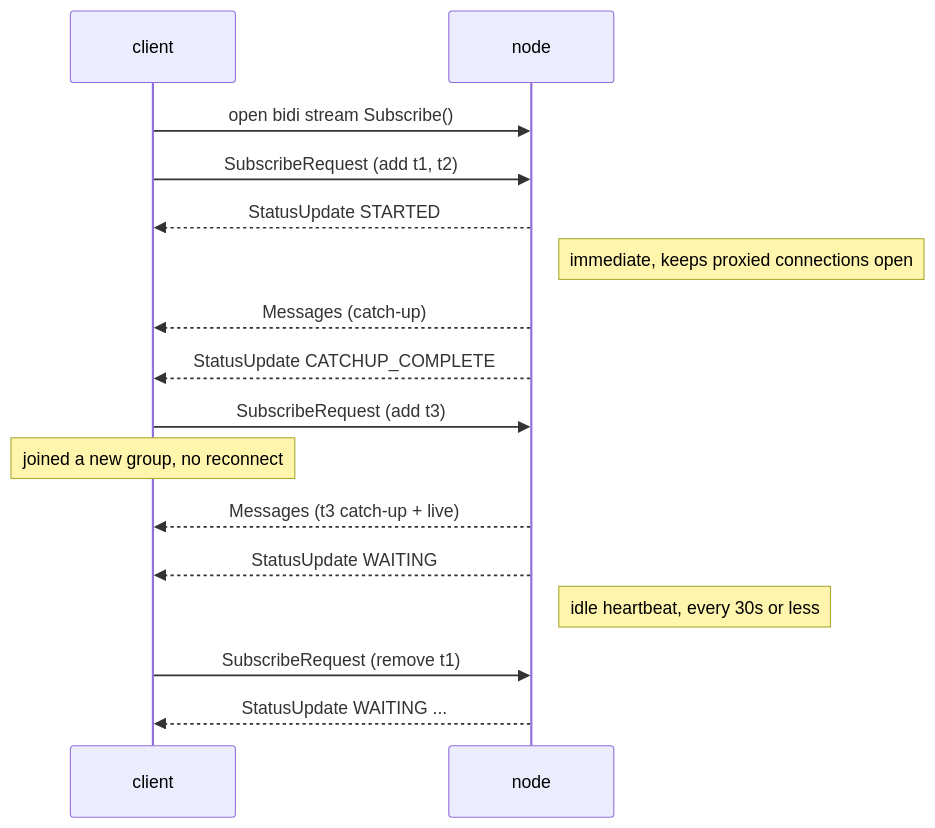
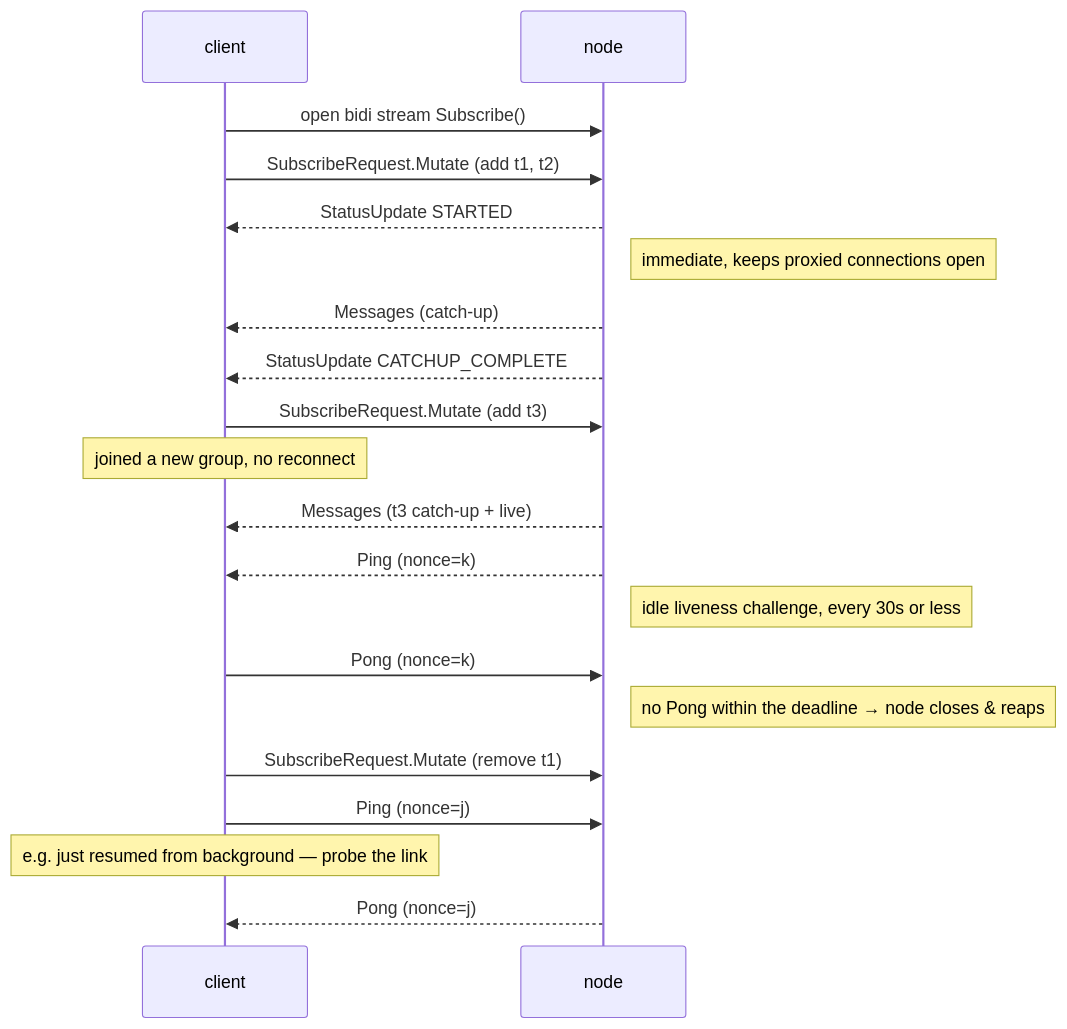
Before and after one commit to xmtp/XIPs: the second of 3 diagrams in XIPs/xip-83-mutable-subscription-streams.md, drawn with Mermaid. The commit also changed other lines of this file, not shown here.

Commit message:
XIP-83: ping/pong liveness + mobile-suspension lifecycle + per-topic multi-identity multiplexing + topology & lifecycle diagrams + browser gRPC-over-WS/WebTransport note

````diff
--- a/XIPs/xip-83-mutable-subscription-streams.md
+++ b/XIPs/xip-83-mutable-subscription-streams.md
@@ -70,19 +97,23 @@
 ```mermaid
 sequenceDiagram
     participant C as client
     participant N as node
 
     C->>N: open bidi stream Subscribe()
-    C->>N: SubscribeRequest (add t1, t2)
+    C->>N: SubscribeRequest.Mutate (add t1, t2)
     N-->>C: StatusUpdate STARTED
     Note right of N: immediate, keeps proxied connections open
     N-->>C: Messages (catch-up)
     N-->>C: StatusUpdate CATCHUP_COMPLETE
-    C->>N: SubscribeRequest (add t3)
+    C->>N: SubscribeRequest.Mutate (add t3)
     Note over C: joined a new group, no reconnect
     N-->>C: Messages (t3 catch-up + live)
-    N-->>C: StatusUpdate WAITING
-    Note right of N: idle heartbeat, every 30s or less
-    C->>N: SubscribeRequest (remove t1)
-    N-->>C: StatusUpdate WAITING ...
+    N-->>C: Ping (nonce=k)
+    Note right of N: idle liveness challenge, every 30s or less
+    C->>N: Pong (nonce=k)
+    Note right of N: no Pong within the deadline → node closes & reaps
+    C->>N: SubscribeRequest.Mutate (remove t1)
+    C->>N: Ping (nonce=j)
+    Note over C: e.g. just resumed from background — probe the link
+    N-->>C: Pong (nonce=j)
 ```
````
